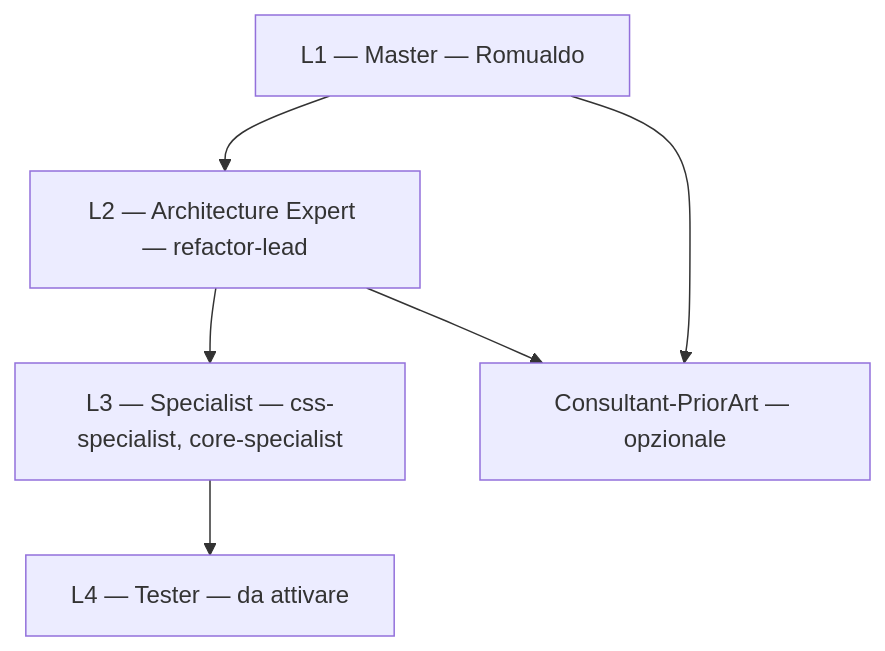
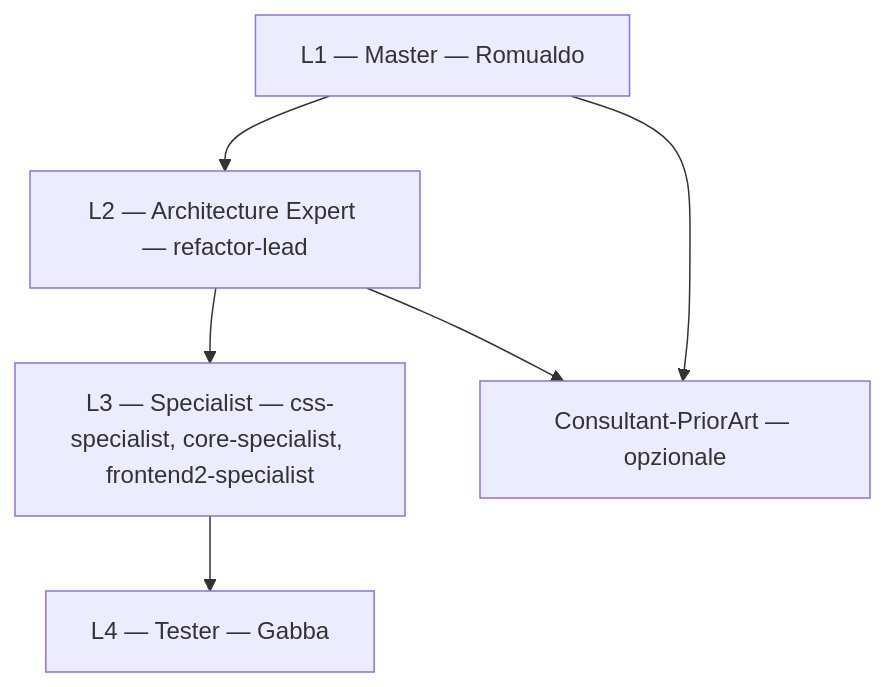
One commit to RomualdoGrillo/Aabacus changed the diagram in project/Organization/diagrams/organigramma-livelli.mmd. Above: the diagram before and after it, drawn with Mermaid. The commit also changed 14 other files, not shown here.

```diff
--- a/project/Organization/diagrams/organigramma-livelli.mmd
+++ b/project/Organization/diagrams/organigramma-livelli.mmd
@@ -1,12 +1,12 @@
 flowchart TB
   M["L1 — Master — Romualdo"]
   A["L2 — Architecture Expert — refactor-lead"]
-  S["L3 — Specialist — css-specialist, core-specialist"]
-  T["L4 — Tester — da attivare"]
+  S["L3 — Specialist — css-specialist, core-specialist, frontend2-specialist"]
+  T["L4 — Tester — Gabba"]
   C["Consultant-PriorArt — opzionale"]
 
   M --> A
   A --> S
   S --> T
   A --> C
   M --> C
```
